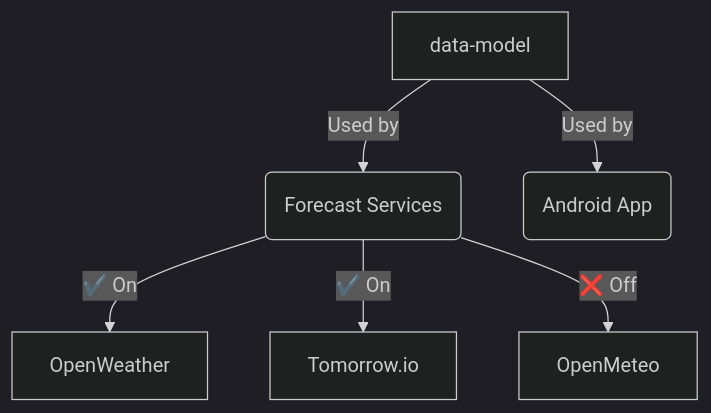
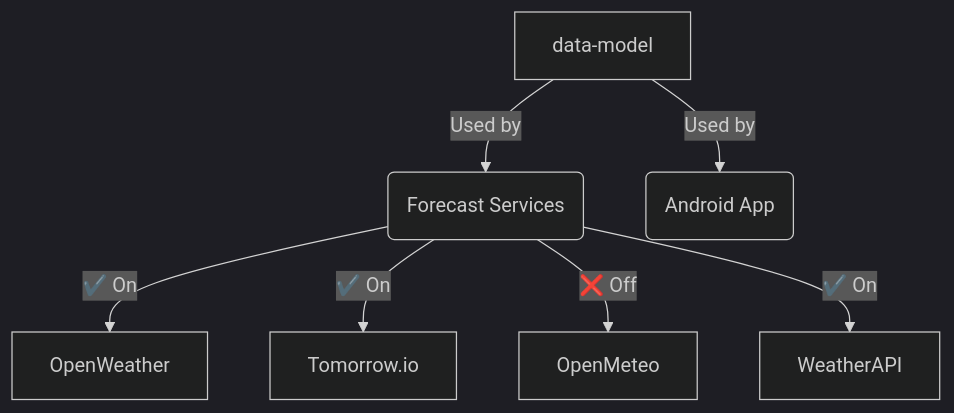
Before and after one commit to hossain-khan/android-weather-alert: the diagram in data-model/README.md, drawn with Mermaid (dark theme). The commit also changed 2 other files, not shown here.

Commit message:
[UPDATE] Readme about new service API integration

````diff
--- a/data-model/README.md
+++ b/data-model/README.md
@@ -4,8 +4,9 @@
 ```mermaid
 flowchart TD
-    A[data-model] -->|Used by| B(Forecast Services)
-    A -->|Used by| C(Android App)
-    B -->|✔️ On| D[OpenWeather]
-    B -->|✔️ On| E[Tomorrow.io]
-    B -->|❌ Off| F[OpenMeteo]
+    DATA[data-model] -->|Used by| SERVICE(Forecast Services)
+    DATA -->|Used by| C(Android App)
+    SERVICE -->|✔️ On| OW[OpenWeather]
+    SERVICE -->|✔️ On| TI[Tomorrow.io]
+    SERVICE -->|❌ Off| OM[OpenMeteo]
+    SERVICE -->|✔️ On| WA[WeatherAPI]
 ```
````
